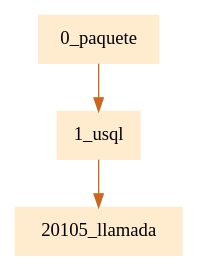
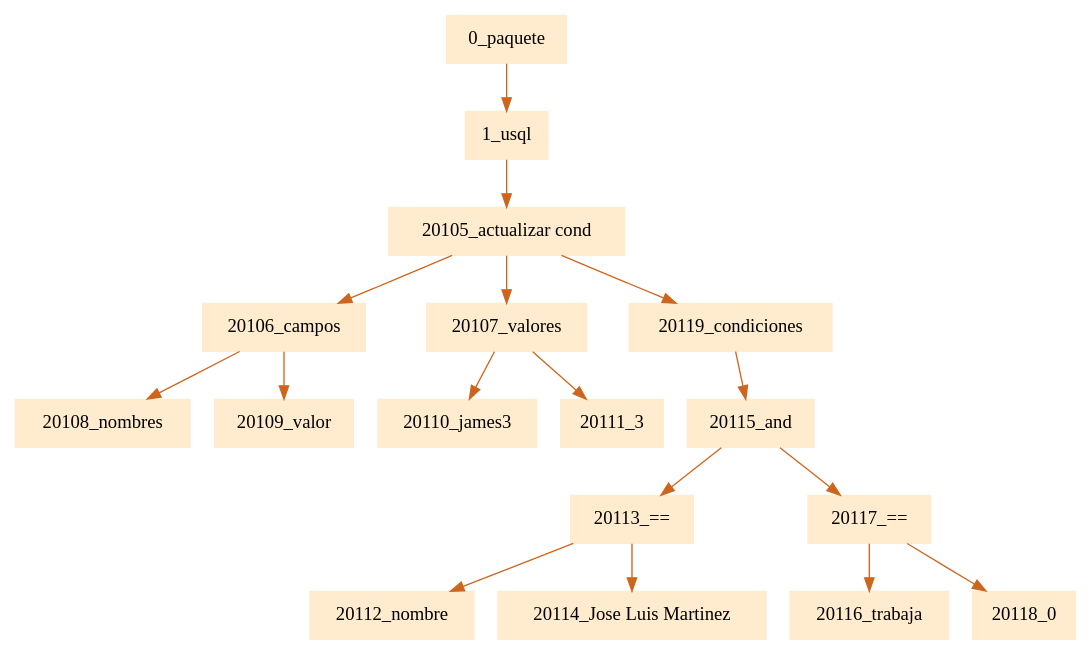
One commit to JamesMelgar/compi2javaccpr1 changed the diagram in pr1Compilarodores2/paquete.dot. Above: the diagram before and after it, drawn with Graphviz. The commit also changed 18 other files, not shown here.

```diff
--- a/pr1Compilarodores2/paquete.dot
+++ b/pr1Compilarodores2/paquete.dot
@@ -1,5 +1,5 @@
 digraph G {node[shape=box, style=filled, color=blanchedalmond]; edge[color=chocolate3];rankdir=UD 
 
-"0_paquete"->"1_usql""1_usql"->"20105_llamada"
+"0_paquete"->"1_usql""1_usql"->"20105_actualizar cond""20105_actualizar cond"->"20106_campos""20106_campos"->"20108_nombres""20106_campos"->"20109_valor""20105_actualizar cond"->"20107_valores""20107_valores"->"20110_james3""20107_valores"->"20111_3""20105_actualizar cond"->"20119_condiciones""20119_condiciones"->"20115_and""20115_and"->"20113_==""20113_=="->"20112_nombre""20113_=="->"20114_Jose Luis Martinez""20115_and"->"20117_==""20117_=="->"20116_trabaja""20117_=="->"20118_0"
 
 }
```
